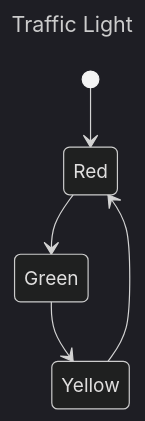
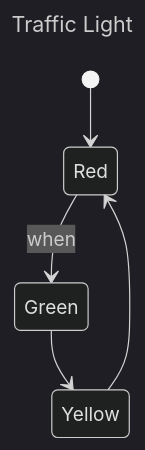
One commit to VinayakFia/Obsidian changed the second of 2 diagrams in COMP3153/System Model - Vinayak Fialok.md. Above: the diagram before and after it, drawn with Mermaid (dark theme). The commit also changed other lines of this file, not shown here.

````diff
--- a/COMP3153/System Model - Vinayak Fialok.md
+++ b/COMP3153/System Model - Vinayak Fialok.md
@@ -30,10 +32,10 @@
 ```mermaid
 ---
 title: Traffic Light
 ---
 stateDiagram-v2
 	[*] --> Red
-	Red --> Green
+	Red --> Green : when
 	Green --> Yellow
 	Yellow --> Red
 ```
````
